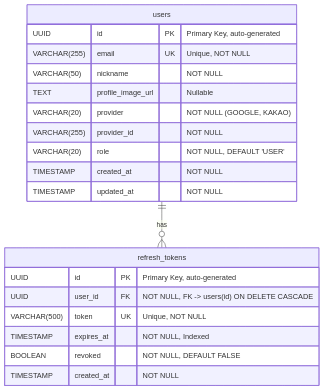
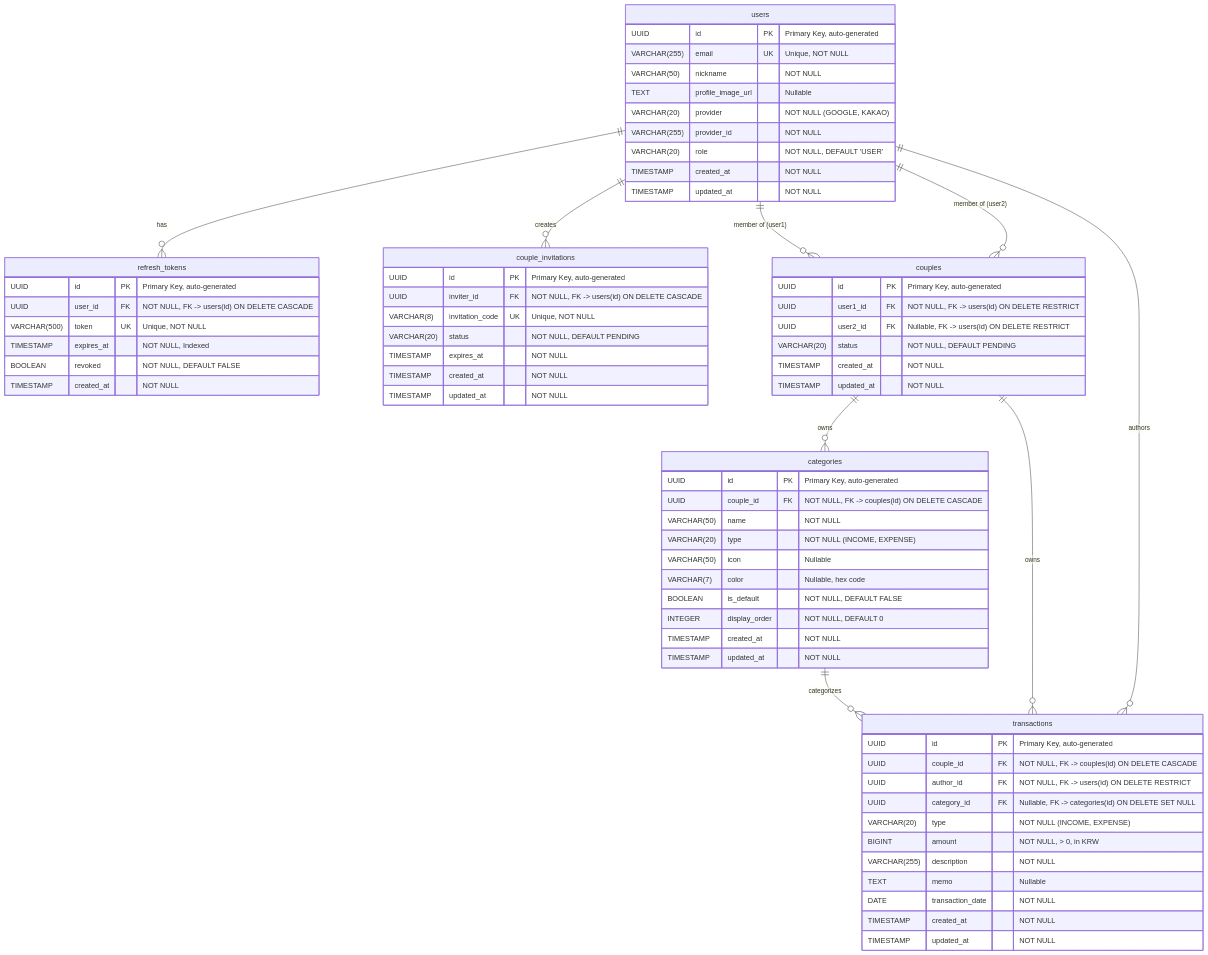
The diagram in docs/erd.md (AIVA-SaaS/budget-book), drawn with Mermaid before and after one commit. The commit also changed other lines of this file and 106 other files, not shown here.

First line of the commit message:
feat: implement Phase 2a - Couple, Category, Transaction domains

````diff
--- a/docs/erd.md
+++ b/docs/erd.md
@@ -11,25 +11,78 @@
 ```mermaid
 erDiagram
     users {
         UUID id PK "Primary Key, auto-generated"
         VARCHAR(255) email UK "Unique, NOT NULL"
         VARCHAR(50) nickname "NOT NULL"
         TEXT profile_image_url "Nullable"
         VARCHAR(20) provider "NOT NULL (GOOGLE, KAKAO)"
         VARCHAR(255) provider_id "NOT NULL"
         VARCHAR(20) role "NOT NULL, DEFAULT 'USER'"
         TIMESTAMP created_at "NOT NULL"
         TIMESTAMP updated_at "NOT NULL"
     }
 
     refresh_tokens {
         UUID id PK "Primary Key, auto-generated"
         UUID user_id FK "NOT NULL, FK -> users(id) ON DELETE CASCADE"
         VARCHAR(500) token UK "Unique, NOT NULL"
         TIMESTAMP expires_at "NOT NULL, Indexed"
         BOOLEAN revoked "NOT NULL, DEFAULT FALSE"
         TIMESTAMP created_at "NOT NULL"
     }
 
+    couples {
+        UUID id PK "Primary Key, auto-generated"
+        UUID user1_id FK "NOT NULL, FK -> users(id) ON DELETE RESTRICT"
+        UUID user2_id FK "Nullable, FK -> users(id) ON DELETE RESTRICT"
+        VARCHAR(20) status "NOT NULL, DEFAULT PENDING"
+        TIMESTAMP created_at "NOT NULL"
+        TIMESTAMP updated_at "NOT NULL"
+    }
+
+    couple_invitations {
+        UUID id PK "Primary Key, auto-generated"
+        UUID inviter_id FK "NOT NULL, FK -> users(id) ON DELETE CASCADE"
+        VARCHAR(8) invitation_code UK "Unique, NOT NULL"
+        VARCHAR(20) status "NOT NULL, DEFAULT PENDING"
+        TIMESTAMP expires_at "NOT NULL"
+        TIMESTAMP created_at "NOT NULL"
+        TIMESTAMP updated_at "NOT NULL"
+    }
+
+    categories {
+        UUID id PK "Primary Key, auto-generated"
+        UUID couple_id FK "NOT NULL, FK -> couples(id) ON DELETE CASCADE"
+        VARCHAR(50) name "NOT NULL"
+        VARCHAR(20) type "NOT NULL (INCOME, EXPENSE)"
+        VARCHAR(50) icon "Nullable"
+        VARCHAR(7) color "Nullable, hex code"
+        BOOLEAN is_default "NOT NULL, DEFAULT FALSE"
+        INTEGER display_order "NOT NULL, DEFAULT 0"
+        TIMESTAMP created_at "NOT NULL"
+        TIMESTAMP updated_at "NOT NULL"
+    }
+
+    transactions {
+        UUID id PK "Primary Key, auto-generated"
+        UUID couple_id FK "NOT NULL, FK -> couples(id) ON DELETE CASCADE"
+        UUID author_id FK "NOT NULL, FK -> users(id) ON DELETE RESTRICT"
+        UUID category_id FK "Nullable, FK -> categories(id) ON DELETE SET NULL"
+        VARCHAR(20) type "NOT NULL (INCOME, EXPENSE)"
+        BIGINT amount "NOT NULL, > 0, in KRW"
+        VARCHAR(255) description "NOT NULL"
+        TEXT memo "Nullable"
+        DATE transaction_date "NOT NULL"
+        TIMESTAMP created_at "NOT NULL"
+        TIMESTAMP updated_at "NOT NULL"
+    }
+
     users ||--o{ refresh_tokens : "has"
+    users ||--o{ couple_invitations : "creates"
+    users ||--o{ couples : "member of (user1)"
+    users ||--o{ couples : "member of (user2)"
+    couples ||--o{ categories : "owns"
+    couples ||--o{ transactions : "owns"
+    users ||--o{ transactions : "authors"
+    categories ||--o{ transactions : "categorizes"
 ```
````
